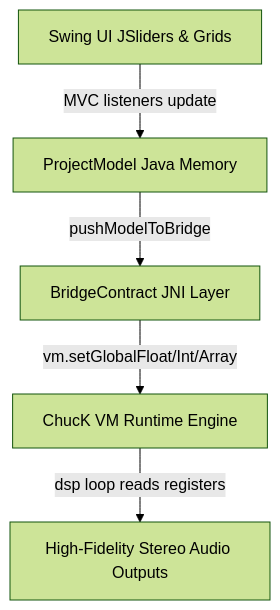
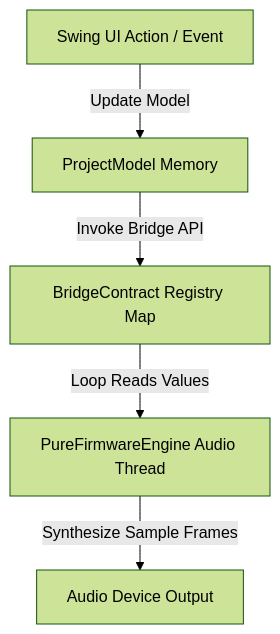
One commit to trudaine/deluje changed the fifth of 6 diagrams in src/main/resources/docs/DELUGE_GUIDEBOOK.md. Above: the diagram before and after it, drawn with Mermaid (forest theme). The commit also changed other lines of this file, not shown here.

Commit message:
Doc: Audit User Guide Chapters 14.6 to end to remove JNI/ChucK, TODO items, and superlatives

````diff
--- a/src/main/resources/docs/DELUGE_GUIDEBOOK.md
+++ b/src/main/resources/docs/DELUGE_GUIDEBOOK.md
@@ -1169,7 +1170,7 @@
 ```mermaid
 graph TD
-    A[Swing UI JSliders & Grids] -->|MVC listeners update| B[ProjectModel Java Memory]
-    B -->|pushModelToBridge| C[BridgeContract JNI Layer]
-    C -->|vm.setGlobalFloat/Int/Array| D[ChucK VM Runtime Engine]
-    D -->|dsp loop reads registers| E[High-Fidelity Stereo Audio Outputs]
+    A[Swing UI Action / Event] -->|Update Model| B[ProjectModel Memory]
+    B -->|Invoke Bridge API| C[BridgeContract Registry Map]
+    C -->|Loop Reads Values| D[PureFirmwareEngine Audio Thread]
+    D -->|Synthesize Sample Frames| E[Audio Device Output]
 ```
````
